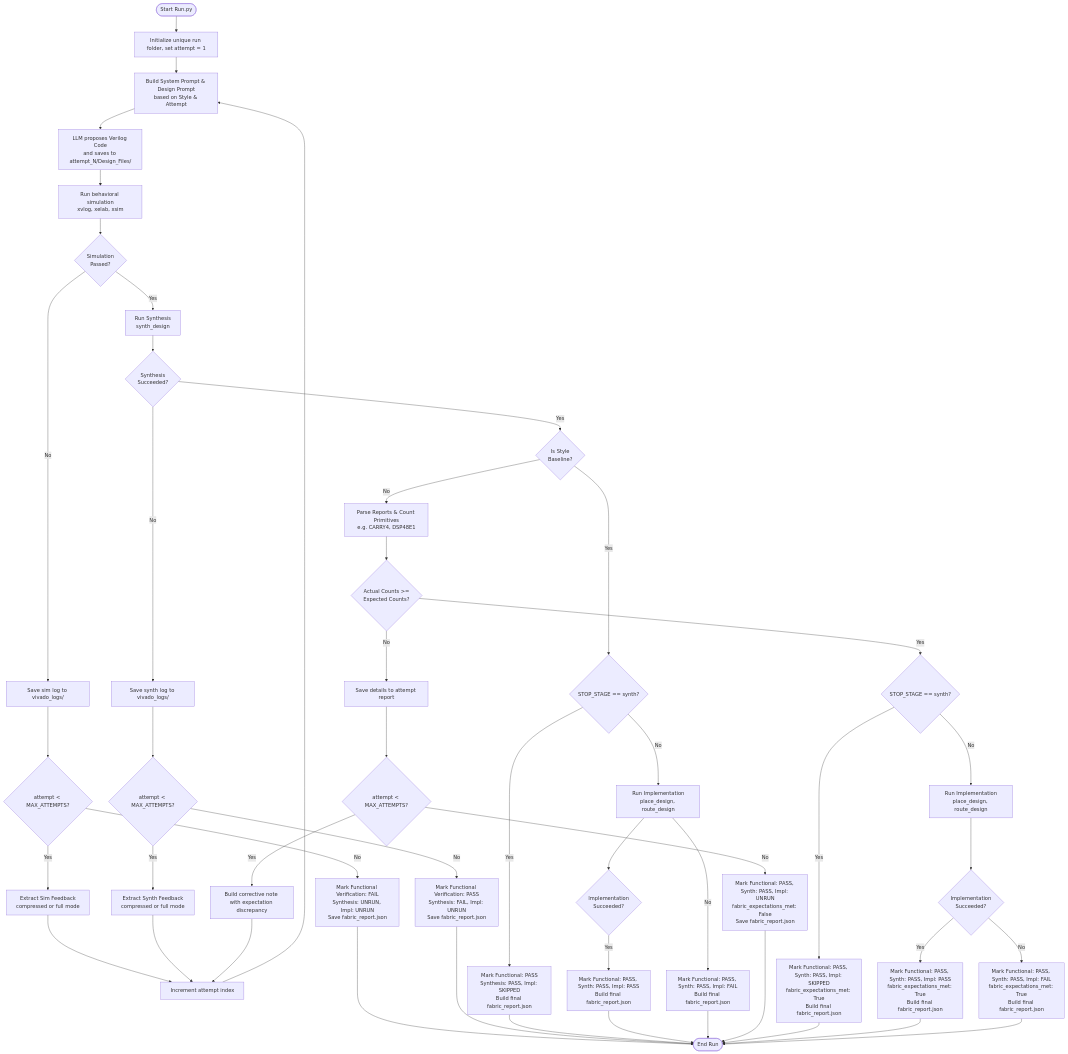
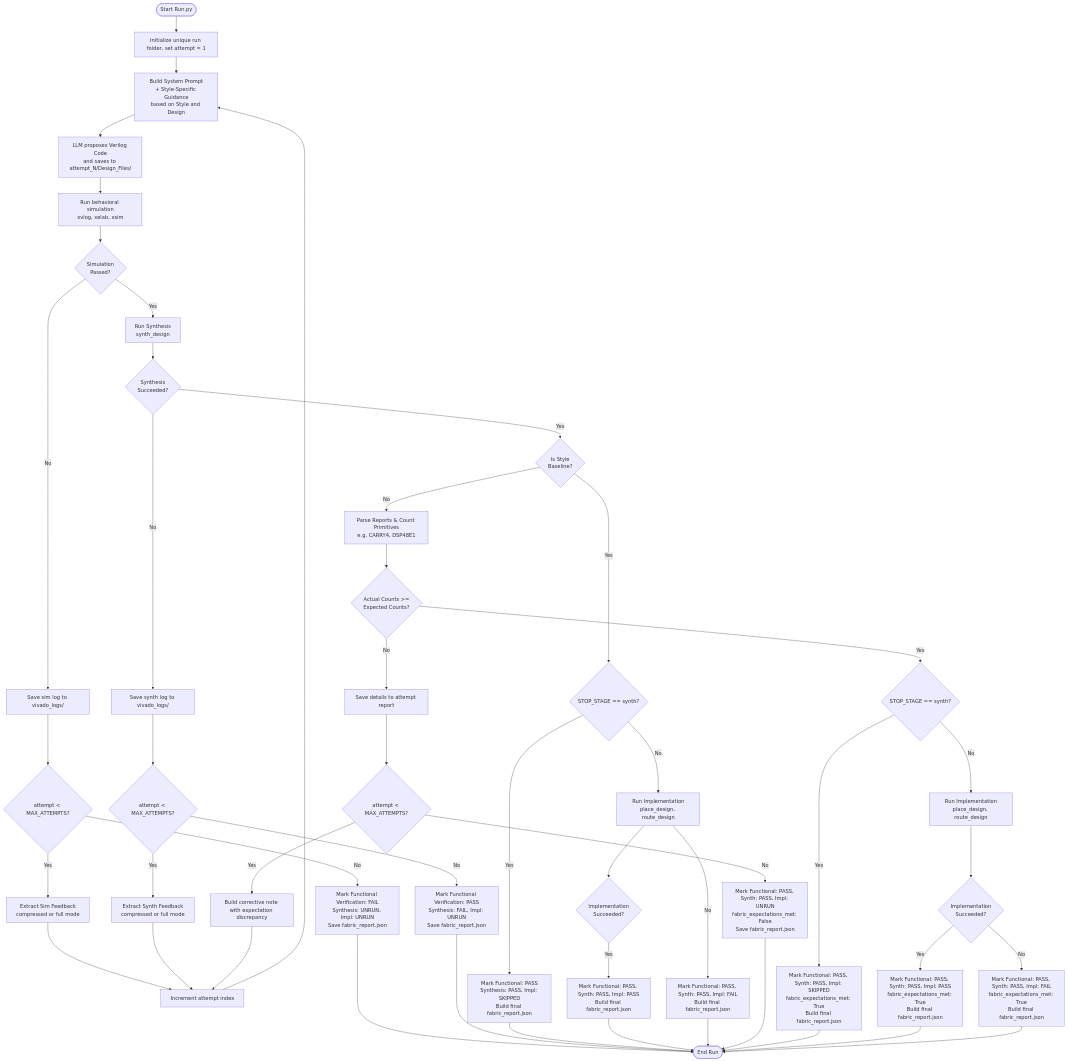
Before and after one commit to aprilaihub/LaMDA: the diagram in LaMDA-FPGA/Evaluation/FPGA-Fabric-RTL-Gen/README.md, drawn with Mermaid. The commit also changed other lines of this file, not shown here.

````diff
--- a/LaMDA-FPGA/Evaluation/FPGA-Fabric-RTL-Gen/README.md
+++ b/LaMDA-FPGA/Evaluation/FPGA-Fabric-RTL-Gen/README.md
@@ -35,79 +35,79 @@
 ```mermaid
 graph TD
     Start([Start Run.py]) --> Init[Initialize unique run folder, set attempt = 1]
     
-    Init --> PromptGen[Build System Prompt & Design Prompt<br>based on Style & Attempt]
+    Init --> PromptGen[Build System Prompt<br>+ Style-Specific Guidance<br>based on Style and Design]
     
     PromptGen --> LLMGen[LLM proposes Verilog Code<br>and saves to attempt_N/Design_Files/]
     
     LLMGen --> Sim[Run behavioral simulation<br>xvlog, xelab, xsim]
     
     Sim --> SimCheck{Simulation<br>Passed?}
     
     %% Simulation Failing Path
     SimCheck -- No --> SimFail[Save sim log to vivado_logs/]
     SimFail --> RetryCheckSim{attempt < MAX_ATTEMPTS?}
     
     RetryCheckSim -- Yes --> ExtractSim[Extract Sim Feedback<br>compressed or full mode]
     ExtractSim --> IncAttempt[Increment attempt index]
     IncAttempt --> PromptGen
     RetryCheckSim -- No --> Terminate[Mark Functional Verification: FAIL<br>Synthesis: UNRUN, Impl: UNRUN<br>Save fabric_report.json]
     Terminate --> End([End Run])
     
     %% Simulation Succeeding Path
     SimCheck -- Yes --> Synth[Run Synthesis<br>synth_design]
     
     Synth --> SynthCheck{Synthesis<br>Succeeded?}
     
     %% Synthesis Failing Path
     SynthCheck -- No --> SynthFail[Save synth log to vivado_logs/]
     SynthFail --> RetryCheckSynth{attempt < MAX_ATTEMPTS?}
     
     RetryCheckSynth -- Yes --> ExtractSynth[Extract Synth Feedback<br>compressed or full mode]
     ExtractSynth --> IncAttempt
     RetryCheckSynth -- No --> TerminateSynth[Mark Functional Verification: PASS<br>Synthesis: FAIL, Impl: UNRUN<br>Save fabric_report.json]
     TerminateSynth --> End
     
     %% Synthesis Succeeding Path
     SynthCheck -- Yes --> StyleCheck{Is Style<br>Baseline?}
     
     %% Baseline Case
     StyleCheck -- Yes --> StopStageCheckBC{STOP_STAGE == synth?}
     
     StopStageCheckBC -- Yes --> TerminateBaseSynth[Mark Functional: PASS<br>Synthesis: PASS, Impl: SKIPPED<br>Build final fabric_report.json]
     TerminateBaseSynth --> End
     
     StopStageCheckBC -- No --> ImplBC[Run Implementation<br>place_design, route_design]
     ImplBC --> ImplCheckBC{Implementation<br>Succeeded?}
     ImplCheckBC -- Yes --> TerminateBaseImplOk[Mark Functional: PASS, Synth: PASS, Impl: PASS<br>Build final fabric_report.json]
     ImplBC -- No --> TerminateBaseImplFail[Mark Functional: PASS, Synth: PASS, Impl: FAIL<br>Build final fabric_report.json]
     TerminateBaseImplOk --> End
     TerminateBaseImplFail --> End
     
     %% Fabric-Aware / Explicit Cases
     StyleCheck -- No --> ParseUtil[Parse Reports & Count Primitives<br>e.g. CARRY4, DSP48E1]
     
     ParseUtil --> PrimCheck{Actual Counts >=<br>Expected Counts?}
     
     %% Primitives Expectation Not Met
     PrimCheck -- No --> ExpectationFail[Save details to attempt report]
     ExpectationFail --> RetryCheckPrims{attempt < MAX_ATTEMPTS?}
     
     RetryCheckPrims -- Yes --> ExtractPrims[Build corrective note with expectation discrepancy]
     ExtractPrims --> IncAttempt
     RetryCheckPrims -- No --> TerminatePrims[Mark Functional: PASS, Synth: PASS, Impl: UNRUN<br>fabric_expectations_met: False<br>Save fabric_report.json]
     TerminatePrims --> End
     
     %% Primitives Expectation Succeeded
     PrimCheck -- Yes --> StopStageCheckAdv{STOP_STAGE == synth?}
     
     StopStageCheckAdv -- Yes --> TerminateAdvSynth[Mark Functional: PASS, Synth: PASS, Impl: SKIPPED<br>fabric_expectations_met: True<br>Build final fabric_report.json]
     TerminateAdvSynth --> End
     
     StopStageCheckAdv -- No --> ImplAdv[Run Implementation<br>place_design, route_design]
     ImplAdv --> ImplCheckAdv{Implementation<br>Succeeded?}
     ImplCheckAdv -- Yes --> TerminateAdvImplOk[Mark Functional: PASS, Synth: PASS, Impl: PASS<br>fabric_expectations_met: True<br>Build final fabric_report.json]
     ImplCheckAdv -- No --> TerminateAdvImplFail[Mark Functional: PASS, Synth: PASS, Impl: FAIL<br>fabric_expectations_met: True<br>Build final fabric_report.json]
     TerminateAdvImplOk --> End
     TerminateAdvImplFail --> End
 ```
````
